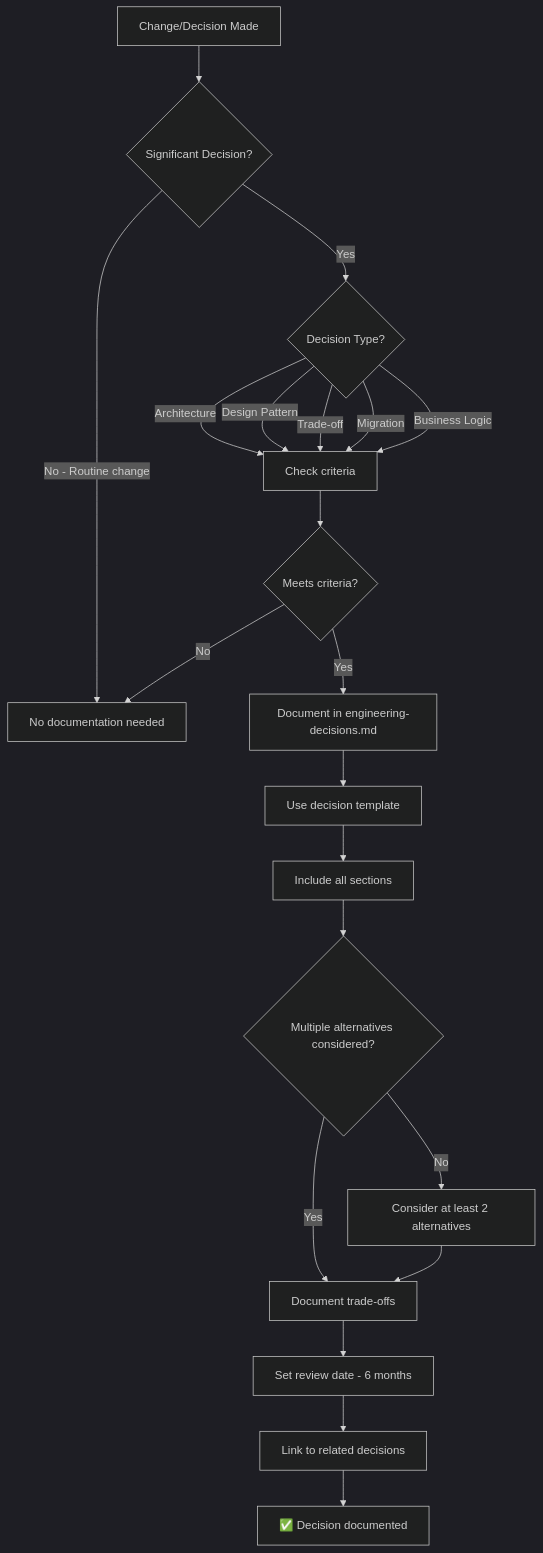
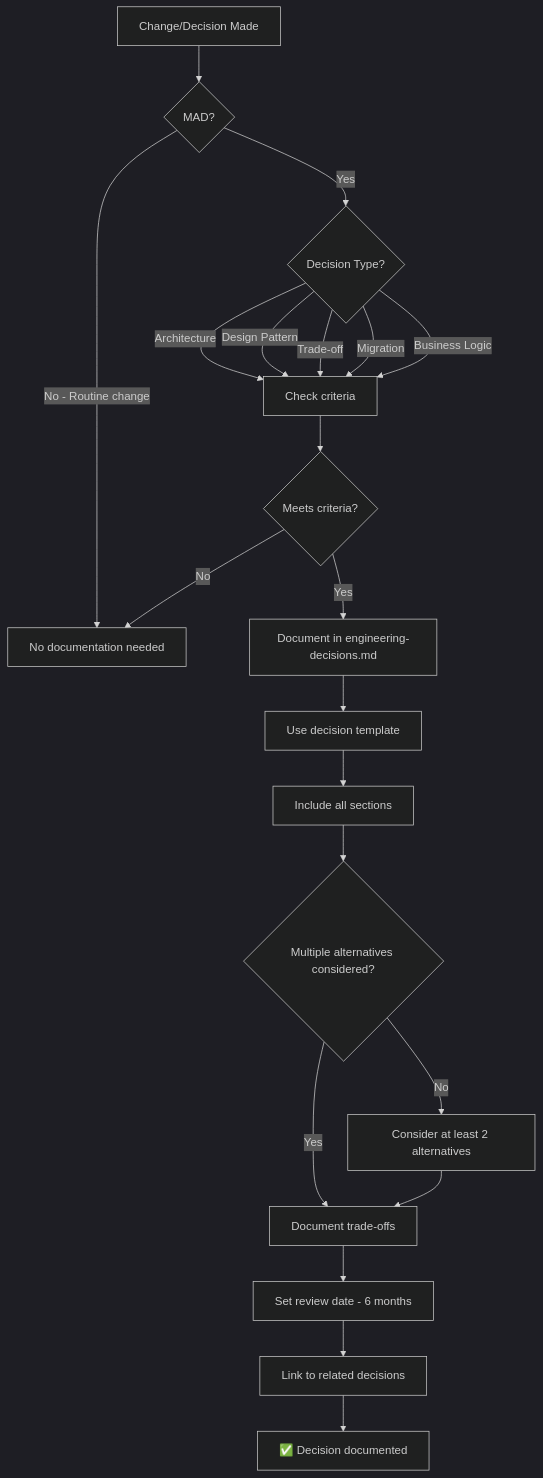
The fifth of 6 diagrams in docs/developer/VeroField_Rules_2.1.md (cseek11/VeroSuite), drawn with Mermaid (dark theme) before and after one commit. The commit also changed other lines of this file and 441 other files, not shown here.

````diff
--- a/docs/developer/VeroField_Rules_2.1.md
+++ b/docs/developer/VeroField_Rules_2.1.md
@@ -3847,28 +3902,28 @@
 ```mermaid
 graph TD
-    A[Change/Decision Made] --> B{Significant Decision?}
+    A[Change/Decision Made] --> B{MAD?}
     B -->|No - Routine change| C[No documentation needed]
     B -->|Yes| D{Decision Type?}
     
     D -->|Architecture| E[Check criteria]
     D -->|Design Pattern| E
     D -->|Trade-off| E
     D -->|Migration| E
     D -->|Business Logic| E
     
     E --> F{Meets criteria?}
     F -->|No| C
     F -->|Yes| G[Document in engineering-decisions.md]
     
     G --> H[Use decision template]
     H --> I[Include all sections]
     I --> J{Multiple alternatives considered?}
     
     J -->|No| K[Consider at least 2 alternatives]
     J -->|Yes| L[Document trade-offs]
     
     K --> L
     L --> M[Set review date - 6 months]
     M --> N[Link to related decisions]
     N --> O[✅ Decision documented]
 ```
````
